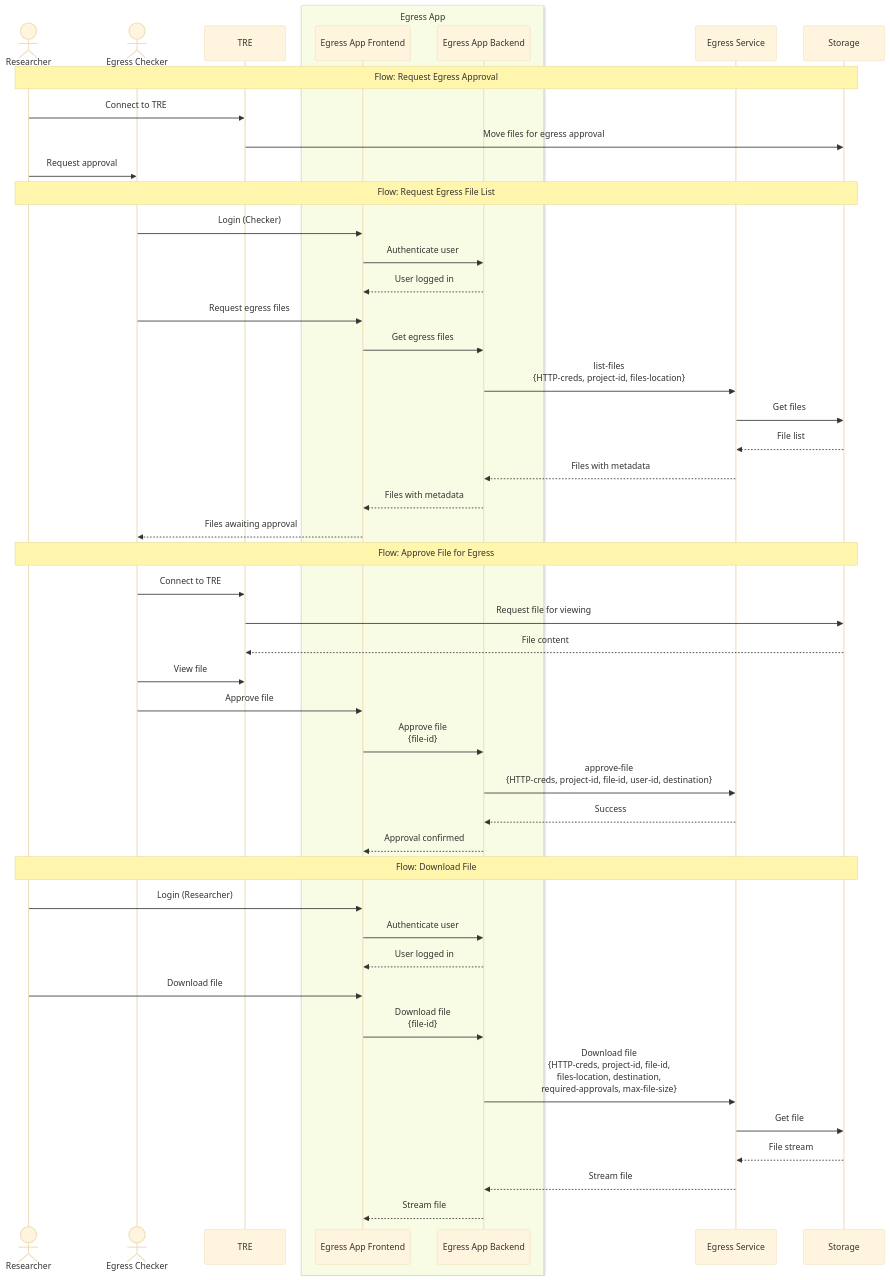
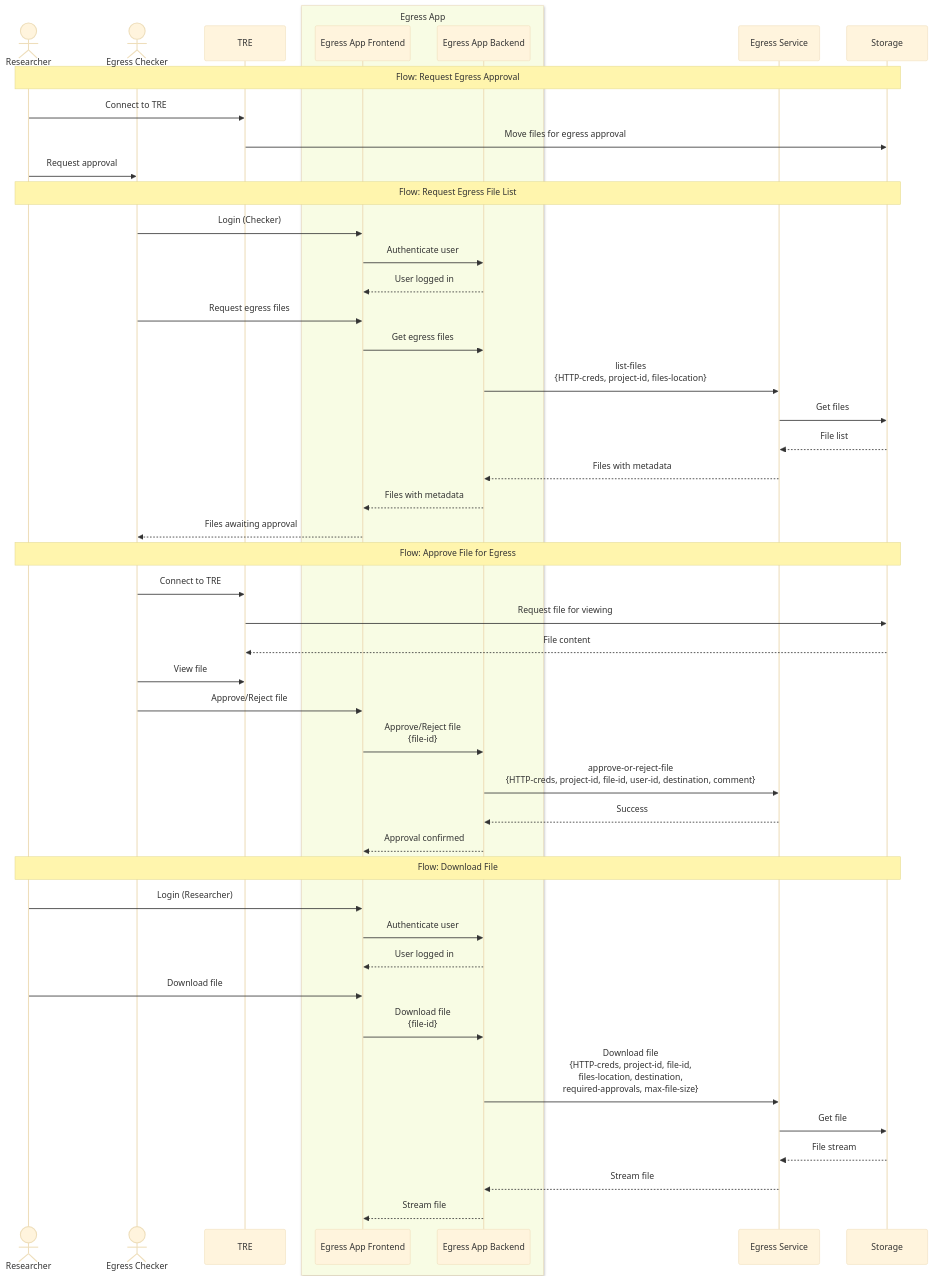
The first of 2 diagrams in docs/context/README.md (ucl-arc-tre/egress), drawn with Mermaid (base theme) before and after one commit. The commit also changed other lines of this file and 29 other files, not shown here.

First line of the commit message:
Audit trail, /reject endpoint and comment fields (#68)

````diff
--- a/docs/context/README.md
+++ b/docs/context/README.md
@@ -11,59 +11,59 @@
 ```mermaid
 sequenceDiagram
     actor researcher as Researcher
     actor checker as Egress Checker
     participant tre as TRE
     box rgb(248,252,228) Egress App
         participant frontend as Egress App Frontend
         participant backend as Egress App Backend
     end
     participant egress as Egress Service
     participant S3 as Storage
 
     Note over researcher,S3: Flow: Request Egress Approval
 
     researcher->>tre: Connect to TRE
     tre->>S3: Move files for egress approval
     researcher->>checker: Request approval
 
     Note over researcher,S3: Flow: Request Egress File List
 
     checker->>frontend: Login (Checker)
     frontend->>backend: Authenticate user
     backend-->>frontend: User logged in
 
     checker->>frontend: Request egress files
     frontend->>backend: Get egress files
     backend->>egress: list-files<br/>{HTTP-creds, project-id, files-location}
     egress->>S3: Get files
     S3-->>egress: File list
     egress-->>backend: Files with metadata
     backend-->>frontend: Files with metadata
     frontend-->>checker: Files awaiting approval
 
     Note over researcher,S3: Flow: Approve File for Egress
 
     checker->>tre: Connect to TRE
     tre->>S3: Request file for viewing
     S3-->>tre: File content
     checker->>tre: View file
-    checker->>frontend: Approve file
-    frontend->>backend: Approve file<br/>{file-id}
-    backend->>egress: approve-file<br/>{HTTP-creds, project-id, file-id, user-id, destination}
+    checker->>frontend: Approve/Reject file
+    frontend->>backend: Approve/Reject file<br/>{file-id}
+    backend->>egress: approve-or-reject-file<br/>{HTTP-creds, project-id, file-id, user-id, destination, comment}
     egress-->>backend: Success
     backend-->>frontend: Approval confirmed
 
     Note over researcher,S3: Flow: Download File
 
     researcher->>frontend: Login (Researcher)
     frontend->>backend: Authenticate user
     backend-->>frontend: User logged in
 
     researcher->>frontend: Download file
     frontend->>backend: Download file<br/>{file-id}
     backend->>egress: Download file<br/>{HTTP-creds, project-id, file-id,<br/>files-location, destination,<br/>required-approvals, max-file-size}
     egress->>S3: Get file
     S3-->>egress: File stream
     egress-->>backend: Stream file
     backend-->>frontend: Stream file
 ```
````
